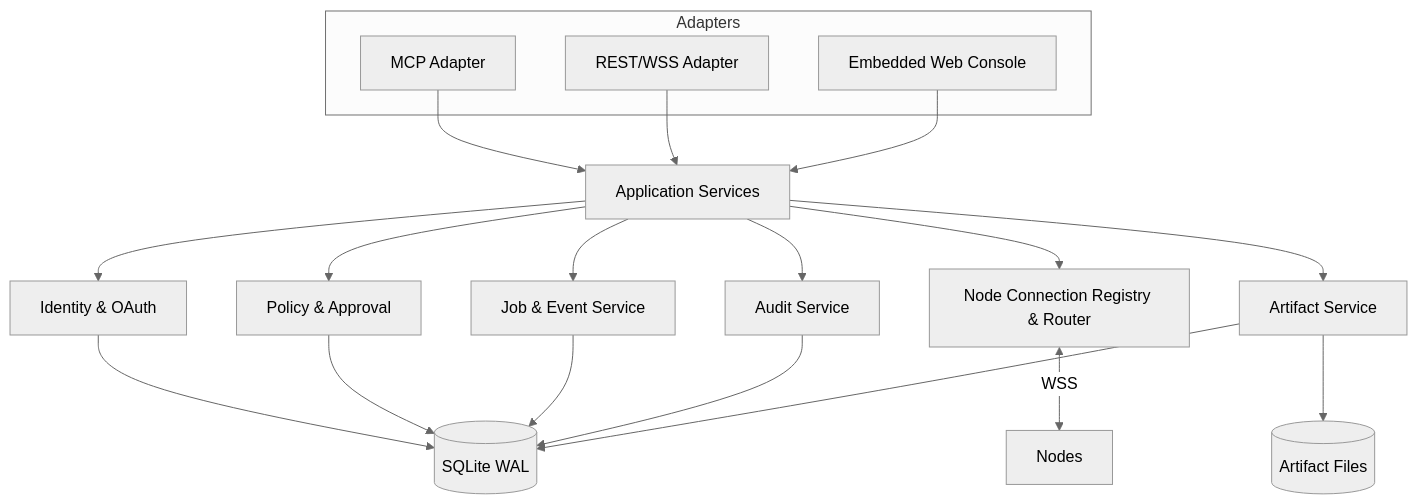
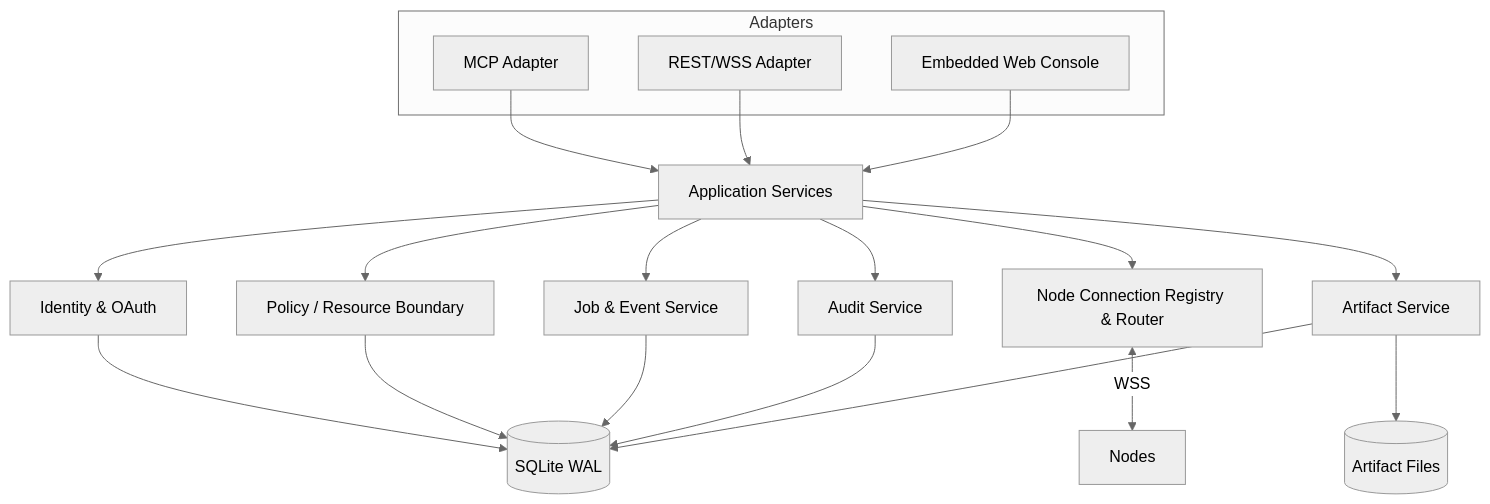
One commit to isguang2024/fast-spider changed the fourth of 6 diagrams in docs/02-system-architecture.md. Above: the diagram before and after it, drawn with Mermaid (neutral theme). The commit also changed other lines of this file and 35 other files, not shown here.

````diff
--- a/docs/02-system-architecture.md
+++ b/docs/02-system-architecture.md
@@ -112,35 +112,35 @@
 ```mermaid
 flowchart TB
     subgraph Adapters
       MCP[MCP Adapter]
       REST[REST/WSS Adapter]
       CONSOLE[Embedded Web Console]
     end
 
     APP[Application Services]
     AUTH[Identity & OAuth]
-    POLICY[Policy & Approval]
+    POLICY[Policy / Resource Boundary]
     JOBS[Job & Event Service]
     ROUTER[Node Connection Registry & Router]
     AUDIT[Audit Service]
     ART[Artifact Service]
     STORE[(SQLite WAL)]
     FILES[(Artifact Files)]
 
     MCP --> APP
     REST --> APP
     CONSOLE --> APP
     APP --> AUTH
     APP --> POLICY
     APP --> JOBS
     APP --> ROUTER
     APP --> AUDIT
     APP --> ART
     AUTH --> STORE
     POLICY --> STORE
     JOBS --> STORE
     AUDIT --> STORE
     ART --> STORE
     ART --> FILES
     ROUTER <-->|WSS| NODE[Nodes]
 ```
````
